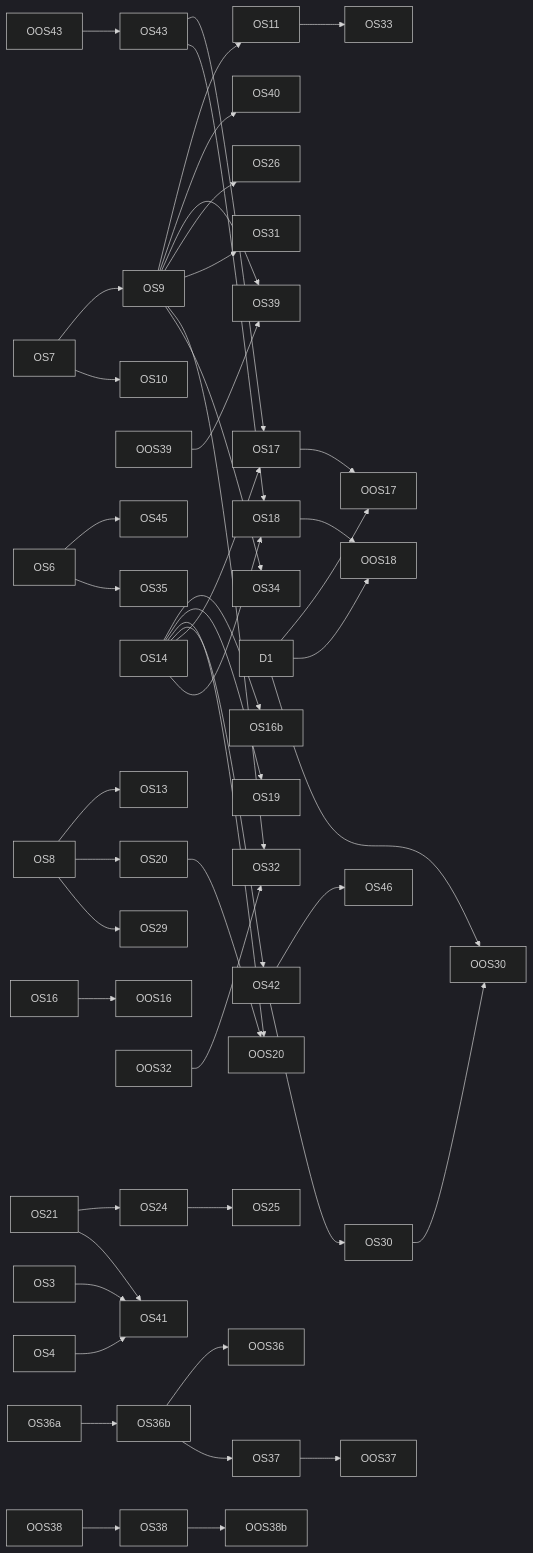
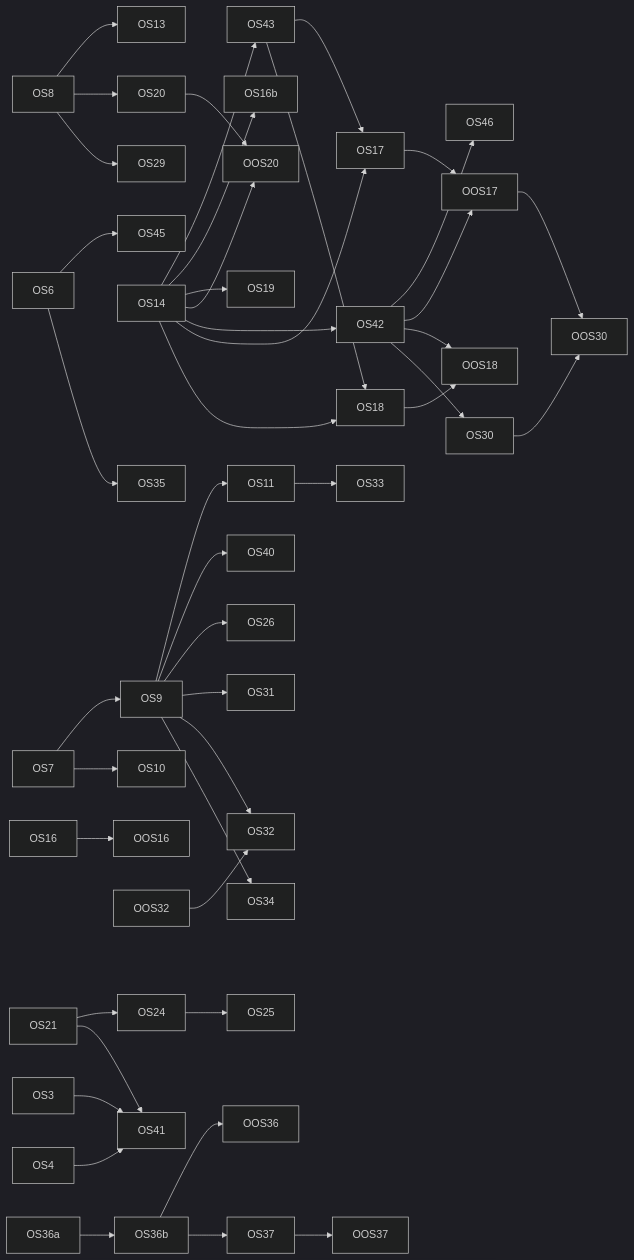
One commit to diy-accounting-uk/submit.diyaccounting.co.uk changed the diagram in PLAN_ORGANIC_SEARCH.md. Above: the diagram before and after it, drawn with Mermaid (dark theme). The commit also changed other lines of this file and 1 other file, not shown here.

````diff
--- a/PLAN_ORGANIC_SEARCH.md
+++ b/PLAN_ORGANIC_SEARCH.md
@@ -922,50 +904,46 @@
 ```mermaid
 flowchart LR
   OS6 --> OS45
   OS7 --> OS9
   OS7 --> OS10
   OS9 --> OS11
   OS9 --> OS40
-  OS9 --> OS39
-  OOS39 --> OS39
   OS8 --> OS13
-  OOS43 --> OS43
+  OS14 --> OS43
   OS14 --> OS16b
   OS16 --> OOS16
   OS14 --> OS19
   OS8 --> OS20
   OS14 --> OOS20
   OS20 --> OOS20
   OS14 --> OS42
   OS42 --> OS46
   OS14 --> OS17
   OS43 --> OS17
   OS17 --> OOS17
-  D1 --> OOS17
+  OS42 --> OOS17
   OS14 --> OS18
   OS43 --> OS18
   OS18 --> OOS18
-  D1 --> OOS18
+  OS42 --> OOS18
   OS21 --> OS24
   OS24 --> OS25
   OS9 --> OS26
   OS8 --> OS29
   OS42 --> OS30
   OS30 --> OOS30
-  D1 --> OOS30
+  OOS17 --> OOS30
   OS9 --> OS31
   OS9 --> OS32
   OOS32 --> OS32
   OS11 --> OS33
   OS9 --> OS34
   OS6 --> OS35
   OS3 --> OS41
   OS4 --> OS41
   OS21 --> OS41
   OS36a --> OS36b
   OS36b --> OOS36
   OS36b --> OS37
   OS37 --> OOS37
-  OOS38 --> OS38
-  OS38 --> OOS38b
 ```
````
